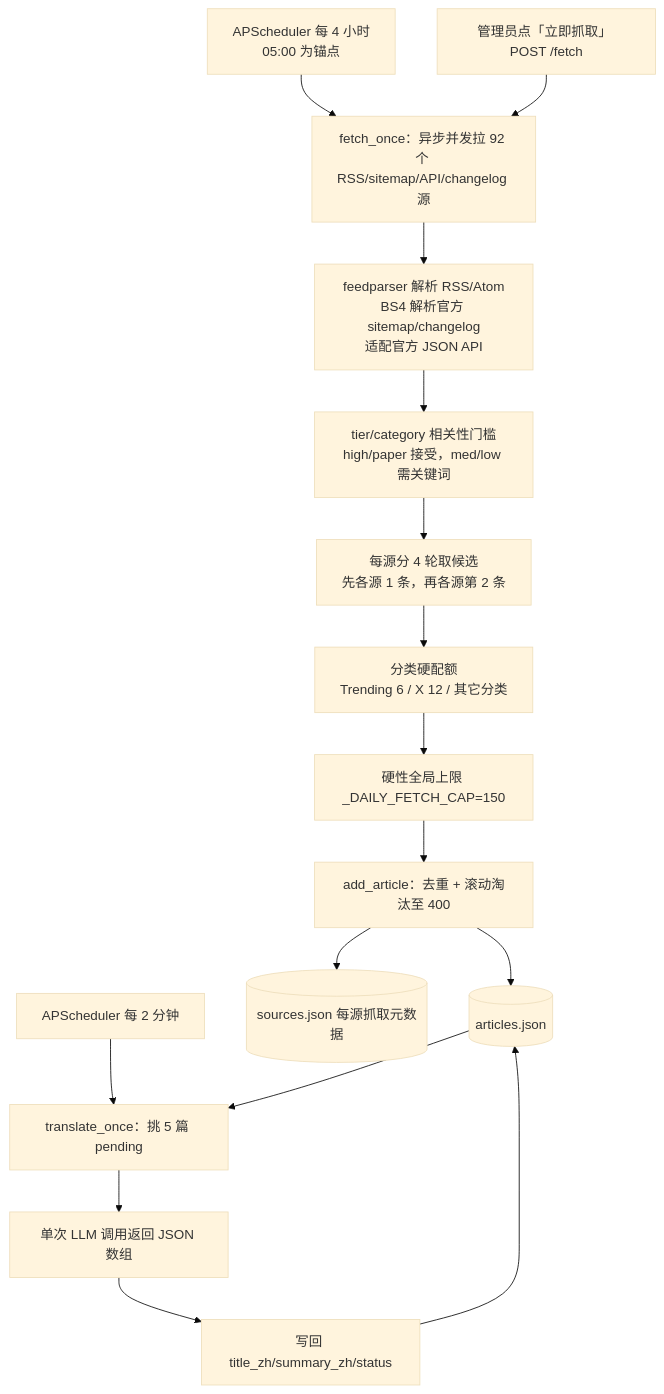
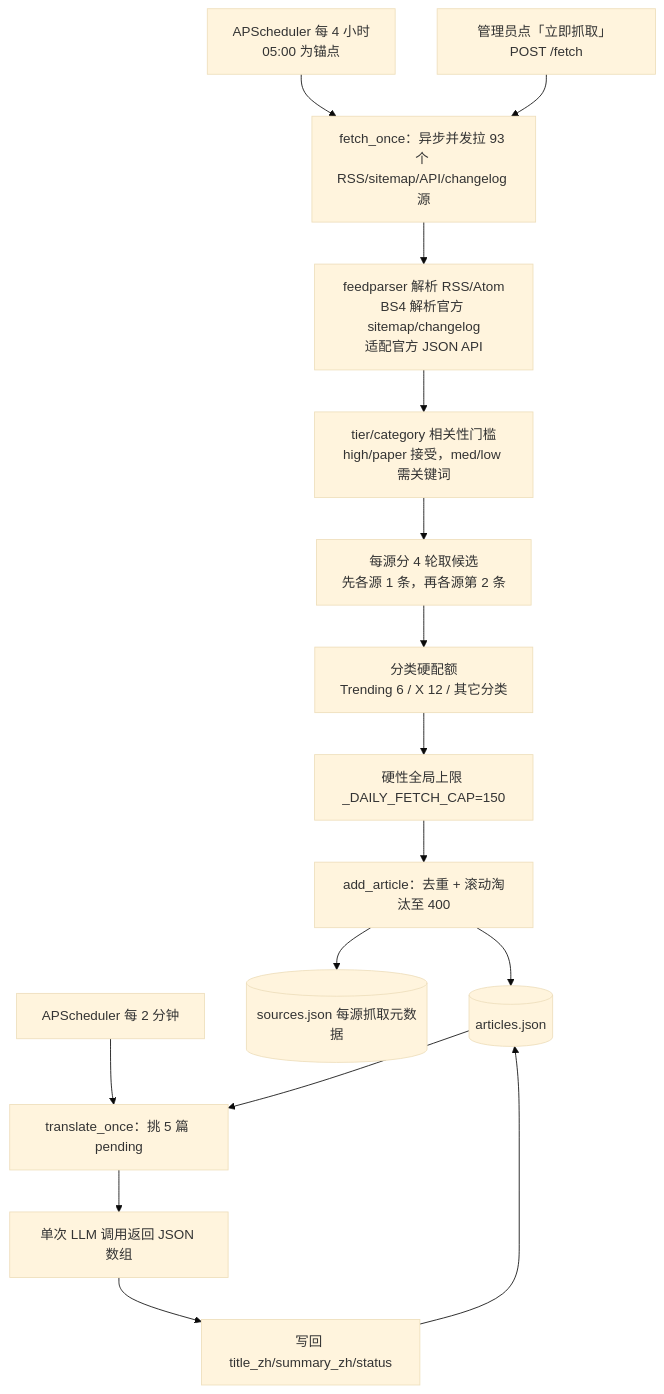
The diagram in llmdoc/architecture/rss-pipeline-architecture.md (nikefd/ai-frontier-agent), drawn with Mermaid (base theme) before and after one commit. The commit also changed other lines of this file and 10 other files, not shown here.

````diff
--- a/llmdoc/architecture/rss-pipeline-architecture.md
+++ b/llmdoc/architecture/rss-pipeline-architecture.md
@@ -10,20 +10,20 @@
 ```mermaid
 flowchart TD
   cron[APScheduler 每 4 小时<br/>05:00 为锚点] --> fetch
   manual[管理员点「立即抓取」 POST /fetch] --> fetch
-  fetch[fetch_once：异步并发拉 92 个 RSS/sitemap/API/changelog 源]
+  fetch[fetch_once：异步并发拉 93 个 RSS/sitemap/API/changelog 源]
   fetch --> parse[feedparser 解析 RSS/Atom<br/>BS4 解析官方 sitemap/changelog<br/>适配官方 JSON API]
   parse --> gate[tier/category 相关性门槛<br/>high/paper 接受，med/low 需关键词]
   gate --> rounds[每源分 4 轮取候选<br/>先各源 1 条，再各源第 2 条]
   rounds --> category[分类硬配额<br/>Trending 6 / X 12 / 其它分类]
   category --> global[硬性全局上限 _DAILY_FETCH_CAP=150]
   global --> store[add_article：去重 + 滚动淘汰至 400]
   store --> articles[(articles.json)]
   store --> meta[(sources.json 每源抓取元数据)]
 
   tick[APScheduler 每 2 分钟] --> trans[translate_once：挑 5 篇 pending]
   articles --> trans
   trans --> llm[单次 LLM 调用返回 JSON 数组]
   llm --> writeback[写回 title_zh/summary_zh/status]
   writeback --> articles
 ```
````
